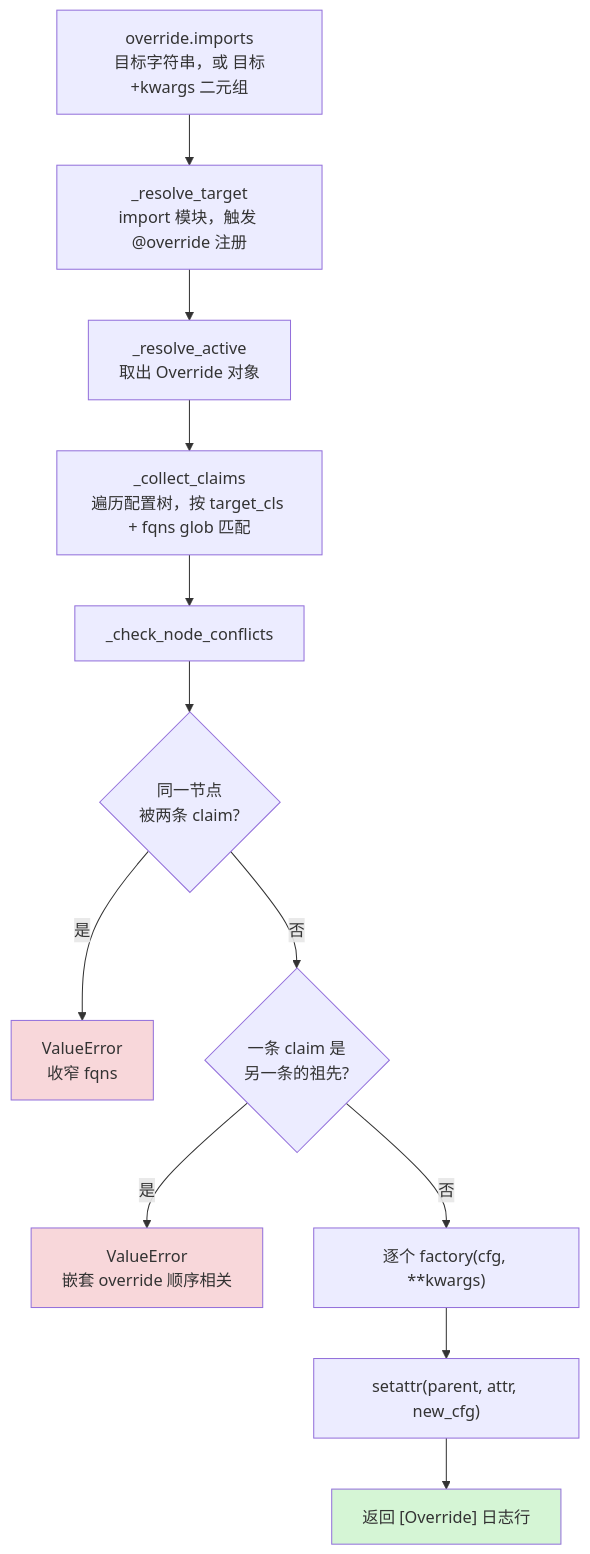
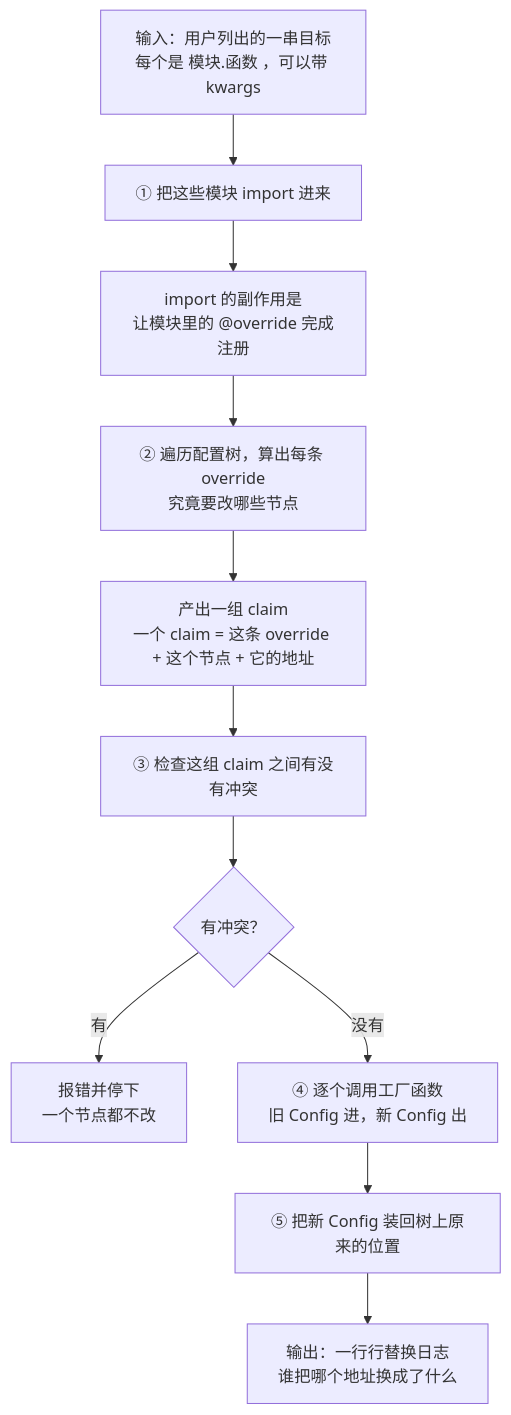
One commit to JavaZeroo/ascend-torchtitan changed the ninth of 15 diagrams in docs/design/shim-and-override.md. Above: the diagram before and after it, drawn with Mermaid. The commit also changed other lines of this file and 1 other file, not shown here.

````diff
--- a/docs/design/shim-and-override.md
+++ b/docs/design/shim-and-override.md
@@ -331,18 +313,13 @@
 ```mermaid
 flowchart TD
-    A["override.imports<br/>目标字符串，或 目标+kwargs 二元组"] --> B["_resolve_target<br/>import 模块，触发 @override 注册"]
-    B --> C["_resolve_active<br/>取出 Override 对象"]
-    C --> D["_collect_claims<br/>遍历配置树，按 target_cls + fqns glob 匹配"]
-    D --> E["_check_node_conflicts"]
-    E --> F{"同一节点<br/>被两条 claim?"}
-    F -->|是| X1["ValueError<br/>收窄 fqns"]
-    F -->|否| G{"一条 claim 是<br/>另一条的祖先?"}
-    G -->|是| X2["ValueError<br/>嵌套 override 顺序相关"]
-    G -->|否| H["逐个 factory(cfg, **kwargs)"]
-    H --> I["setattr(parent, attr, new_cfg)"]
-    I --> J["返回 [Override] 日志行"]
-
-    style X1 fill:#f8d7da
-    style X2 fill:#f8d7da
-    style J fill:#d5f5d5
+    A["输入：用户列出的一串目标<br/>每个是 模块.函数 ，可以带 kwargs"] --> B["① 把这些模块 import 进来"]
+    B --> B2["import 的副作用是<br/>让模块里的 @override 完成注册"]
+    B2 --> C["② 遍历配置树，算出每条 override<br/>究竟要改哪些节点"]
+    C --> C2["产出一组 claim<br/>一个 claim = 这条 override + 这个节点 + 它的地址"]
+    C2 --> D["③ 检查这组 claim 之间有没有冲突"]
+    D --> E{"有冲突？"}
+    E -->|有| X["报错并停下<br/>一个节点都不改"]
+    E -->|没有| F["④ 逐个调用工厂函数<br/>旧 Config 进，新 Config 出"]
+    F --> G["⑤ 把新 Config 装回树上原来的位置"]
+    G --> H["输出：一行行替换日志<br/>谁把哪个地址换成了什么"]
 ```
````
